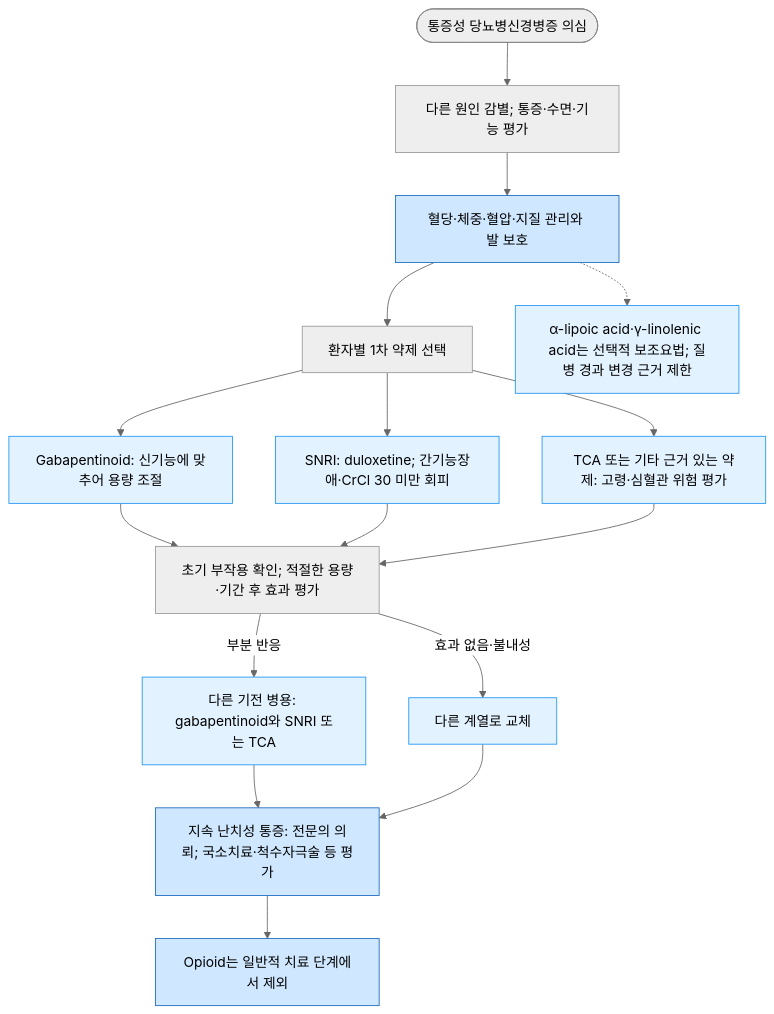
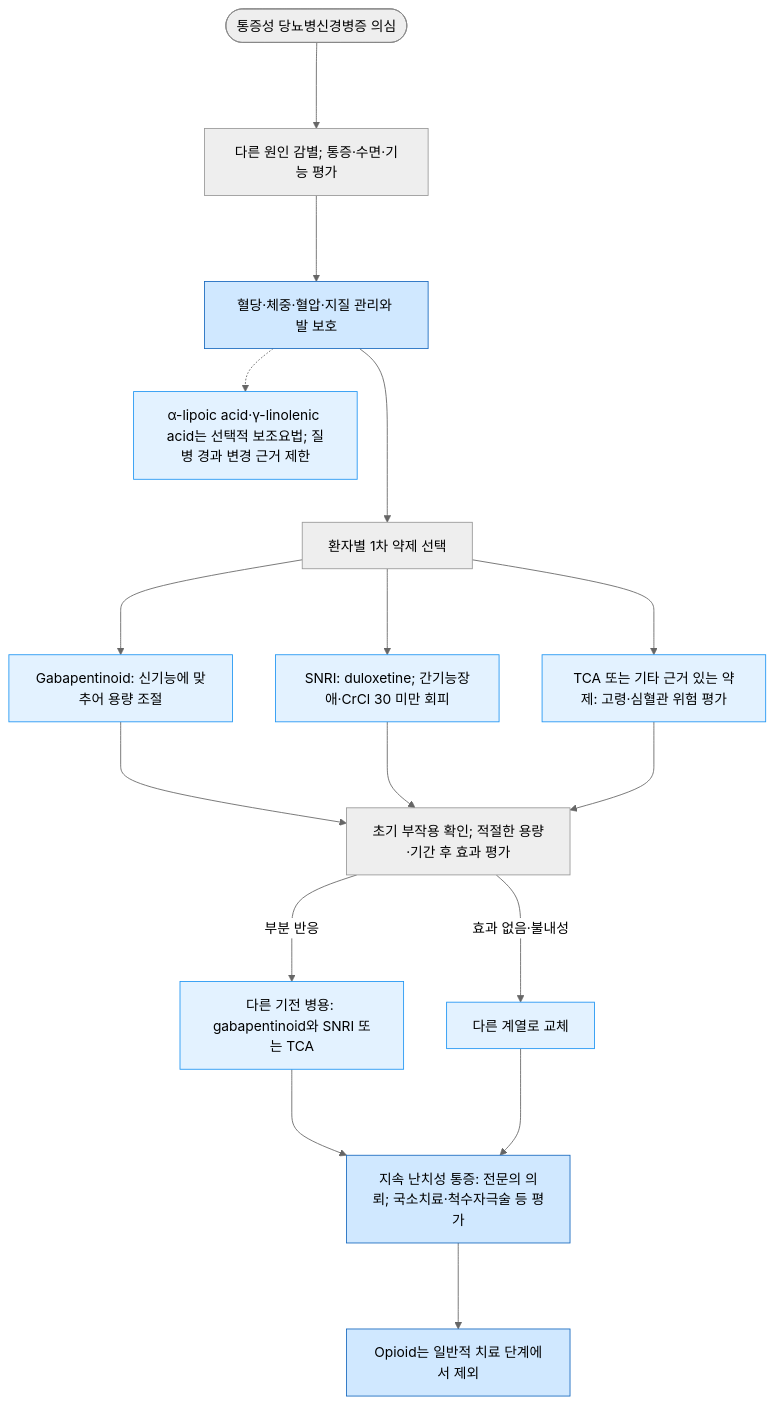
One commit to familyoh77/familyoh77 changed the second of 2 diagrams in 226_/102_-complications-of-diabetes.md. Above: the diagram before and after it, drawn with Mermaid (neutral theme). The commit also changed other lines of this file and 9 other files, not shown here.

````diff
--- a/226_/102_-complications-of-diabetes.md
+++ b/226_/102_-complications-of-diabetes.md
@@ -386,23 +419,23 @@
 ```mermaid
 graph TD
-    A(["통증성 당뇨병신경병증 의심"]) --> B["다른 원인 감별; 통증·수면·기능 평가"]
-    B --> C["혈당·체중·혈압·지질 관리와 발 보호"]
-    C --> D["환자별 1차 약제 선택"]
-    D --> E["Gabapentinoid: 신기능에 맞추어 용량 조절"]
-    D --> F["SNRI: duloxetine; 간기능장애·CrCl 30 미만 회피"]
-    D --> G["TCA 또는 기타 근거 있는 약제: 고령·심혈관 위험 평가"]
-    E --> H["초기 부작용 확인; 적절한 용량·기간 후 효과 평가"]
-    F --> H
-    G --> H
-    H -->|"부분 반응"| I["다른 기전 병용: gabapentinoid와 SNRI 또는 TCA"]
-    H -->|"효과 없음·불내성"| J["다른 계열로 교체"]
-    I --> K["지속 난치성 통증: 전문의 의뢰; 국소치료·척수자극술 등 평가"]
-    J --> K
+    A(["통증성 당뇨병신경병증 의심"]) ---> B["다른 원인 감별; 통증·수면·기능 평가"]
+    B ---> C["혈당·체중·혈압·지질 관리와 발 보호"]
+    C ---> D["환자별 1차 약제 선택"]
+    D ---> E["Gabapentinoid: 신기능에 맞추어 용량 조절"]
+    D ---> F["SNRI: duloxetine; 간기능장애·CrCl 30 미만 회피"]
+    D ---> G["TCA 또는 기타 근거 있는 약제: 고령·심혈관 위험 평가"]
+    E ---> H["초기 부작용 확인; 적절한 용량·기간 후 효과 평가"]
+    F ---> H
+    G ---> H
+    H --->|"부분 반응"| I["다른 기전 병용: gabapentinoid와 SNRI 또는 TCA"]
+    H --->|"효과 없음·불내성"| J["다른 계열로 교체"]
+    I ---> K["지속 난치성 통증: 전문의 의뢰; 국소치료·척수자극술 등 평가"]
+    J ---> K
     C -.-> L["α-lipoic acid·γ-linolenic acid는 선택적 보조요법; 질병 경과 변경 근거 제한"]
-    K --> M["Opioid는 일반적 치료 단계에서 제외"]
+    K ---> M["Opioid는 일반적 치료 단계에서 제외"]
 style A fill:#eeeeee,stroke:#888888
 classDef sky fill:#e3f2ff,stroke:#2196f3
 class E,F,G,I,J,L sky
 classDef blue fill:#d0e8ff,stroke:#1a6abf
 class C,K,M blue
 ```
````
